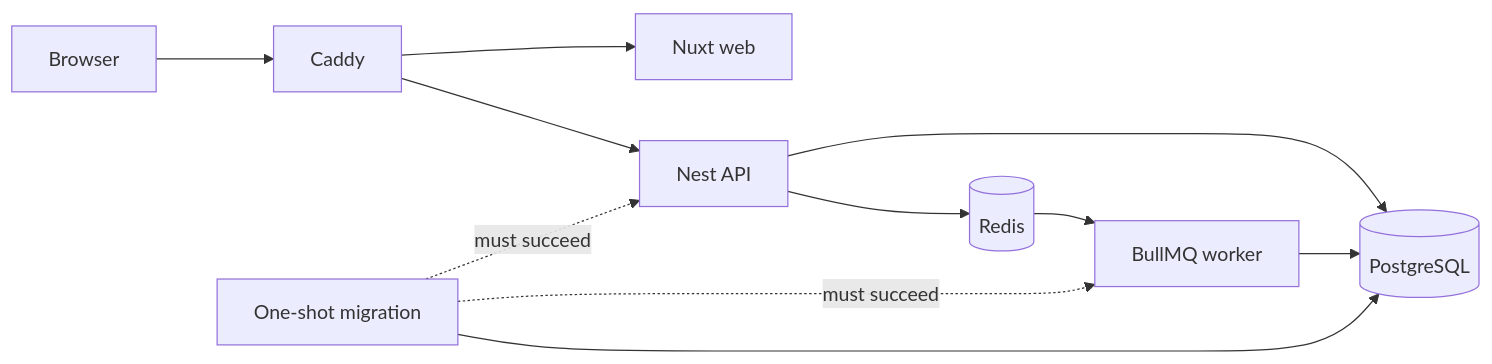
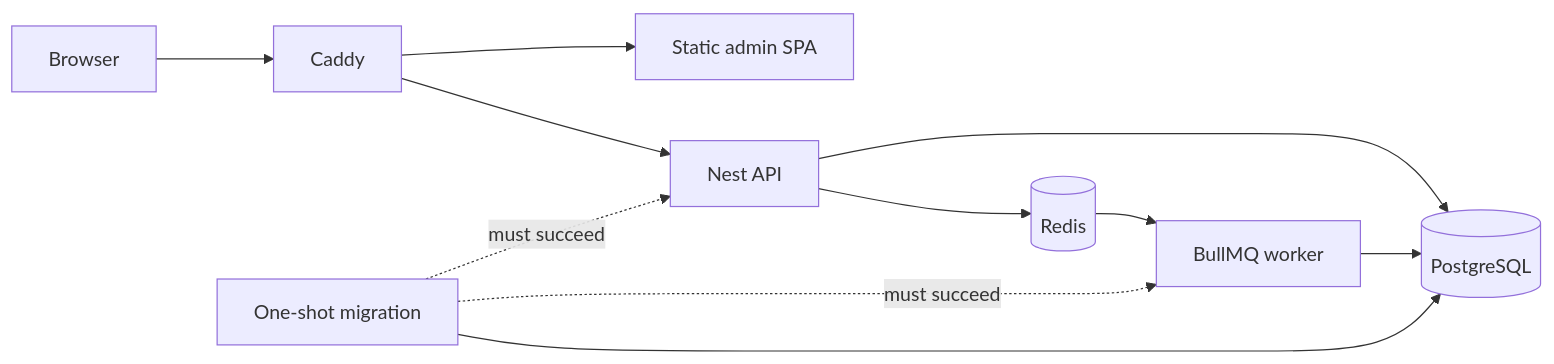
Before and after one commit to johnakisk0700/slopform: the diagram in docs/deployment.md, drawn with Mermaid. The commit also changed other lines of this file and 96 other files, not shown here.

First line of the commit message:
feat: replace the Nuxt admin with a React, HeroUI and Tailwind SPA

````diff
--- a/docs/deployment.md
+++ b/docs/deployment.md
@@ -17,13 +17,13 @@
 ```mermaid
 flowchart LR
   Browser --> Caddy
-  Caddy --> Web["Nuxt web"]
+  Caddy --> Web["Static admin SPA"]
   Caddy --> API["Nest API"]
   API --> DB[(PostgreSQL)]
   API --> Redis[(Redis)]
   Redis --> Worker["BullMQ worker"]
   Worker --> DB
   Migrate["One-shot migration"] --> DB
   Migrate -. "must succeed" .-> API
   Migrate -. "must succeed" .-> Worker
 ```
````
